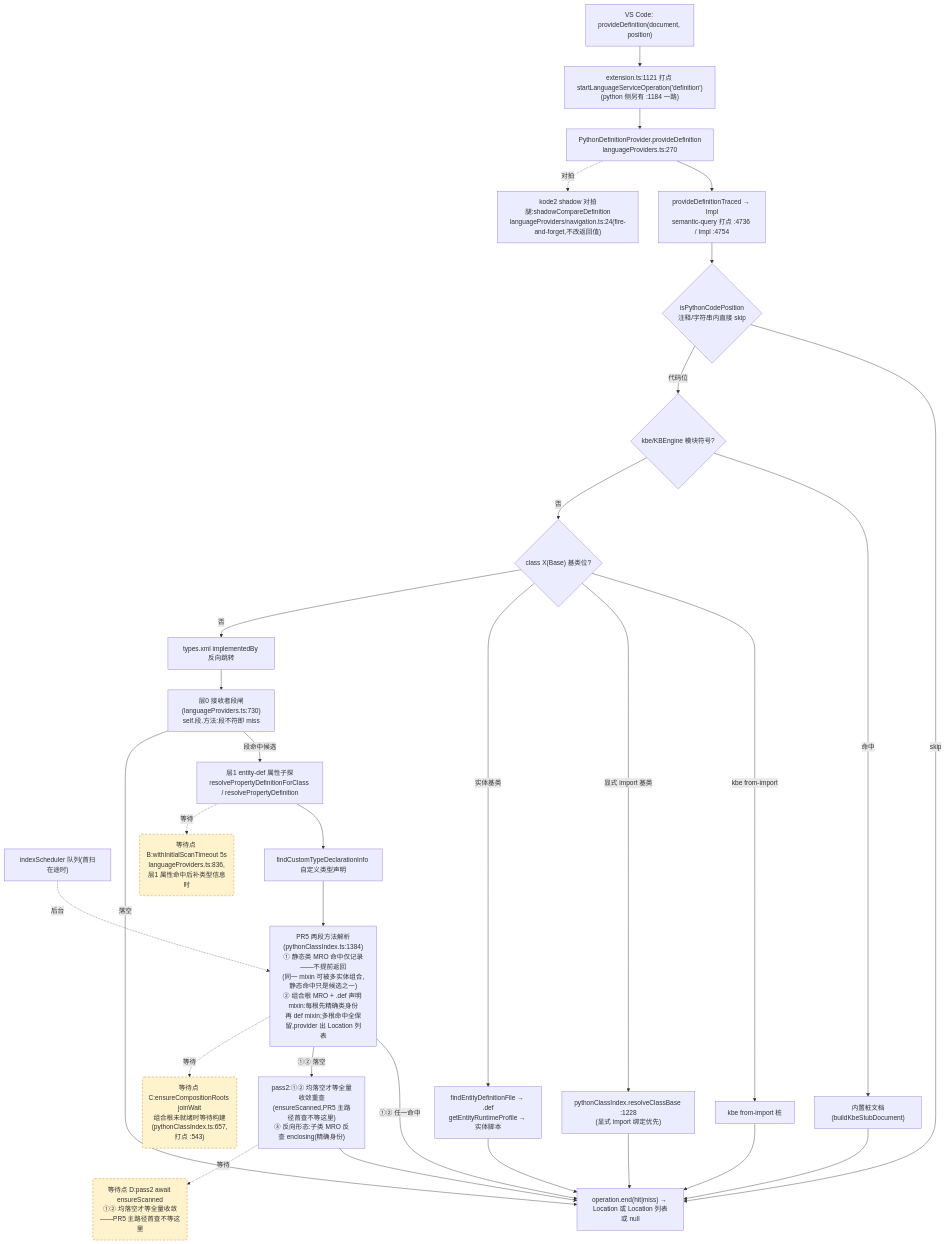
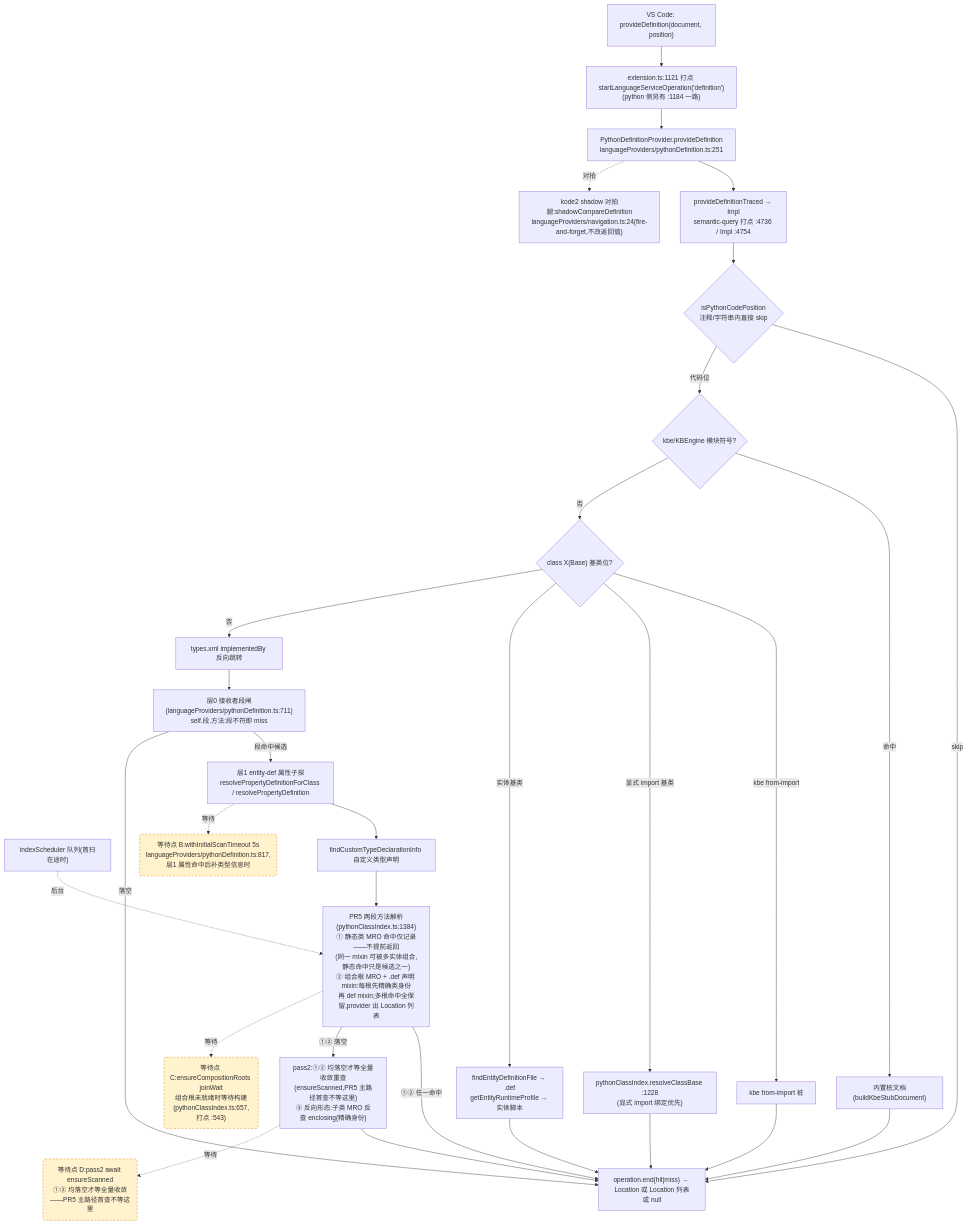
The second of 4 diagrams in docs/perf/2026-baseline.md (cuihairu/kode), drawn with Mermaid before and after one commit. The commit also changed other lines of this file and 4 other files, not shown here.

First line of the commit message:
refactor(arch): KODE-ARCH-001 step 6 — extract languageProviders/pythonDefinition (pure move)

````diff
--- a/docs/perf/2026-baseline.md
+++ b/docs/perf/2026-baseline.md
@@ -130,51 +130,51 @@
 ```mermaid
 flowchart TD
   VC2["VS Code: provideDefinition(document, position)"]
   M2["extension.ts:1121 打点 startLanguageServiceOperation('definition')<br/>(python 侧另有 :1184 一路)"]
-  AD2["PythonDefinitionProvider.provideDefinition<br/>languageProviders.ts:270"]
+  AD2["PythonDefinitionProvider.provideDefinition<br/>languageProviders/pythonDefinition.ts:251"]
   TR["provideDefinitionTraced → Impl<br/>semantic-query 打点 :4736 / Impl :4754"]
   CTX{"isPythonCodePosition<br/>注释/字符串内直接 skip"}
   KBE{"kbe/KBEngine 模块符号?"}
   STUB["内置桩文档(buildKbeStubDocument)"]
   CB{"class X(Base) 基类位?"}
   CB1["kbe from-import 桩"]
   CB2["pythonClassIndex.resolveClassBase :1228<br/>(显式 import 绑定优先)"]
   CB3["findEntityDefinitionFile → .def<br/>getEntityRuntimeProfile → 实体脚本"]
   REV["types.xml implementedBy 反向跳转"]
-  L0["层0 接收者段闸(languageProviders.ts:730)<br/>self.段.方法:段不符即 miss"]
+  L0["层0 接收者段闸(languageProviders/pythonDefinition.ts:711)<br/>self.段.方法:段不符即 miss"]
   L1["层1 entity-def 属性子探<br/>resolvePropertyDefinitionForClass / resolvePropertyDefinition"]
   SCAN["indexScheduler 队列(首扫在途时)"]
   TY["findCustomTypeDeclarationInfo 自定义类型声明"]
   MRO["PR5 两段方法解析(pythonClassIndex.ts:1384)<br/>① 静态类 MRO 命中仅记录——不提前返回<br/>(同一 mixin 可被多实体组合,静态命中只是候选之一)<br/>② 组合根 MRO + .def 声明 mixin:每根先精确类身份<br/>再 def mixin;多根命中全保留,provider 出 Location 列表"]
   PASS2["pass2:①② 均落空才等全量收敛重查<br/>(ensureScanned,PR5 主路径首查不等这里)<br/>③ 反向形态:子类 MRO 反查 enclosing(精确身份)"]
   SHD["kode2 shadow 对拍腿:shadowCompareDefinition<br/>languageProviders/navigation.ts:24(fire-and-forget,不改返回值)"]
   END2["operation.end(hit|miss) → Location 或 Location 列表或 null"]
 
   VC2 --> M2 --> AD2 --> TR --> CTX
   CTX -- "skip" --> END2
   CTX -- "代码位" --> KBE
   KBE -- "命中" --> STUB --> END2
   KBE -- "否" --> CB
   CB -- "kbe from-import" --> CB1 --> END2
   CB -- "显式 import 基类" --> CB2 --> END2
   CB -- "实体基类" --> CB3 --> END2
   CB -- "否" --> REV --> L0
   L0 -- "段命中候选" --> L1
   L0 -- "落空" --> END2
   L1 --> TY
   TY --> MRO
   MRO -- "①② 任一命中" --> END2
   MRO -- "①② 落空" --> PASS2 --> END2
   AD2 -.->|对拍| SHD
 
-  WAITB("等待点 B:withInitialScanTimeout 5s<br/>languageProviders.ts:836,层1 属性命中后补类型信息时")
+  WAITB("等待点 B:withInitialScanTimeout 5s<br/>languageProviders/pythonDefinition.ts:817,层1 属性命中后补类型信息时")
   WAITC("等待点 C:ensureCompositionRoots joinWait<br/>组合根未就绪时等待构建(pythonClassIndex.ts:657,打点 :543)")
   WAITD("等待点 D:pass2 await ensureScanned<br/>①② 均落空才等全量收敛——PR5 主路径首查不等这里")
   L1 -.->|等待| WAITB
   MRO -.->|等待| WAITC
   PASS2 -.->|等待| WAITD
   SCAN -.->|后台| MRO
 
   classDef waitPoint fill:#fff3cd,stroke:#d97706,stroke-dasharray:5 4;
   class WAITB,WAITC,WAITD waitPoint;
 ```
````
